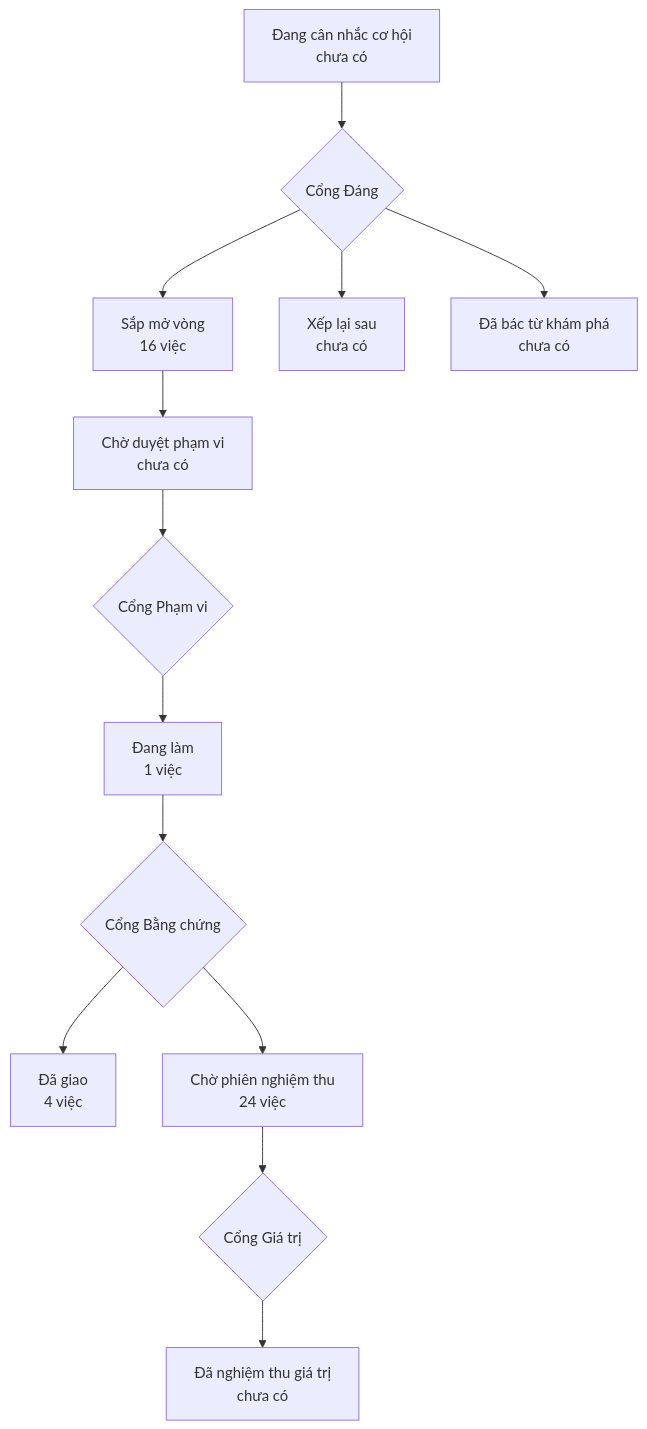
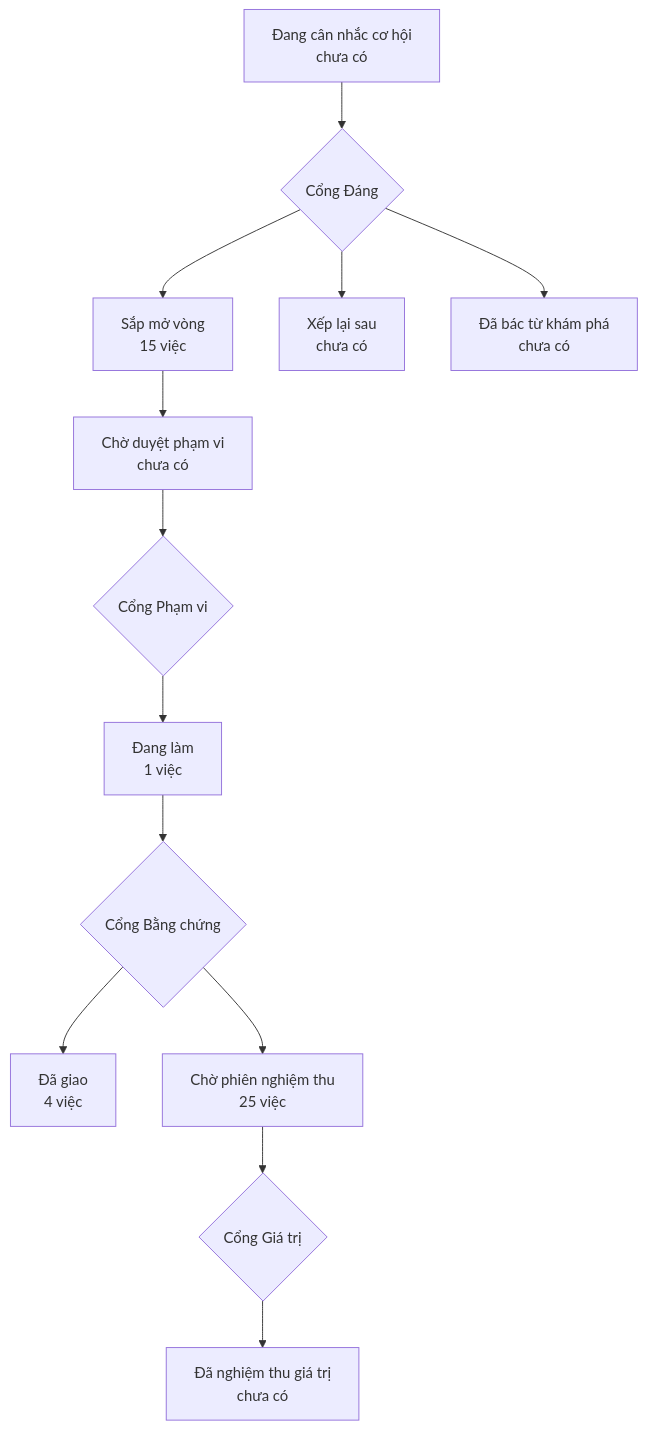
Before and after one commit to phanlemanh/onehub-quy-hang: the diagram in PRODUCT-MAP.md, drawn with Mermaid. The commit also changed 1 other file, not shown here.

Commit message:
chore(chia-lead-va-han): vẽ lại bản đồ sau gộp main

````diff
--- a/PRODUCT-MAP.md
+++ b/PRODUCT-MAP.md
@@ -7,12 +7,12 @@
 ```mermaid
 flowchart TD
   A["Đang cân nhắc cơ hội<br/>chưa có"] --> GD{"Cổng Đáng"}
-  GD --> B["Sắp mở vòng<br/>16 việc"]
+  GD --> B["Sắp mở vòng<br/>15 việc"]
   GD --> XL["Xếp lại sau<br/>chưa có"]
   GD --> DB["Đã bác từ khám phá<br/>chưa có"]
   B --> CD["Chờ duyệt phạm vi<br/>chưa có"] --> GP{"Cổng Phạm vi"}
   GP --> DL["Đang làm<br/>1 việc"] --> GB{"Cổng Bằng chứng"}
   GB --> DG["Đã giao<br/>4 việc"]
-  GB --> CN["Chờ phiên nghiệm thu<br/>24 việc"] --> GG{"Cổng Giá trị"}
+  GB --> CN["Chờ phiên nghiệm thu<br/>25 việc"] --> GG{"Cổng Giá trị"}
   GG --> NT["Đã nghiệm thu giá trị<br/>chưa có"]
 ```
````
